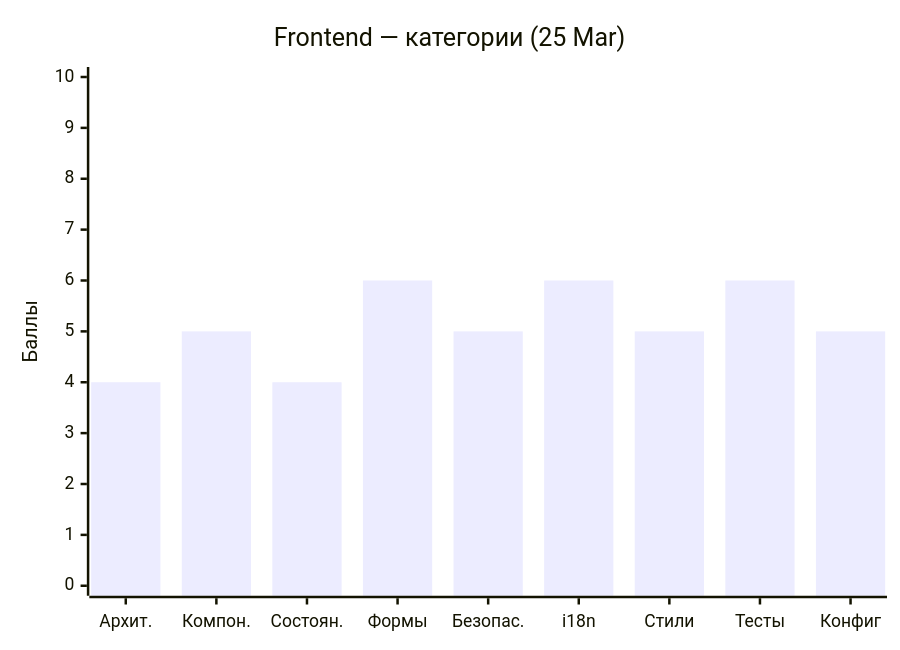
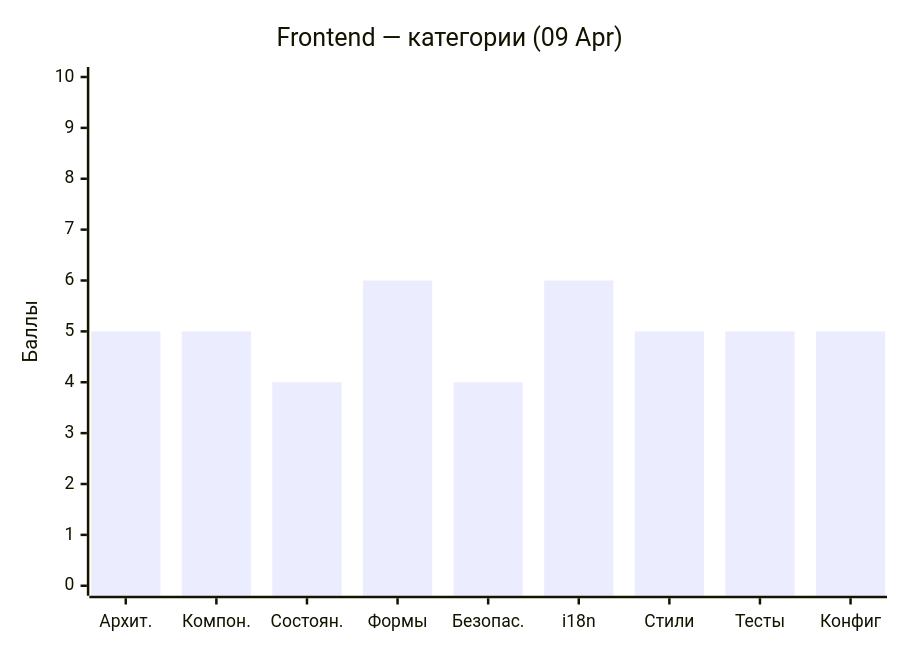
The second of 4 diagrams in CodeQualityStatus/status.md (ngKittyDebug/RS-Tandem-ngKittyDebug), drawn with Mermaid before and after one commit. The commit also changed other lines of this file and 2 other files, not shown here.

First line of the commit message:
docs: update code review 2026-04-09 (4.5/10 backend, 5.0/10 frontend)

````diff
--- a/CodeQualityStatus/status.md
+++ b/CodeQualityStatus/status.md
@@ -114,7 +112,7 @@
 ```mermaid
 xychart-beta
-    title "Frontend — категории (25 Mar)"
+    title "Frontend — категории (09 Apr)"
     x-axis ["Архит.", "Компон.", "Состоян.", "Формы", "Безопас.", "i18n", "Стили", "Тесты", "Конфиг"]
     y-axis "Баллы" 0 --> 10
-    bar [4, 5, 4, 6, 5, 6, 5, 6, 5]
+    bar [5, 5, 4, 6, 4, 6, 5, 5, 5]
 ```
````
